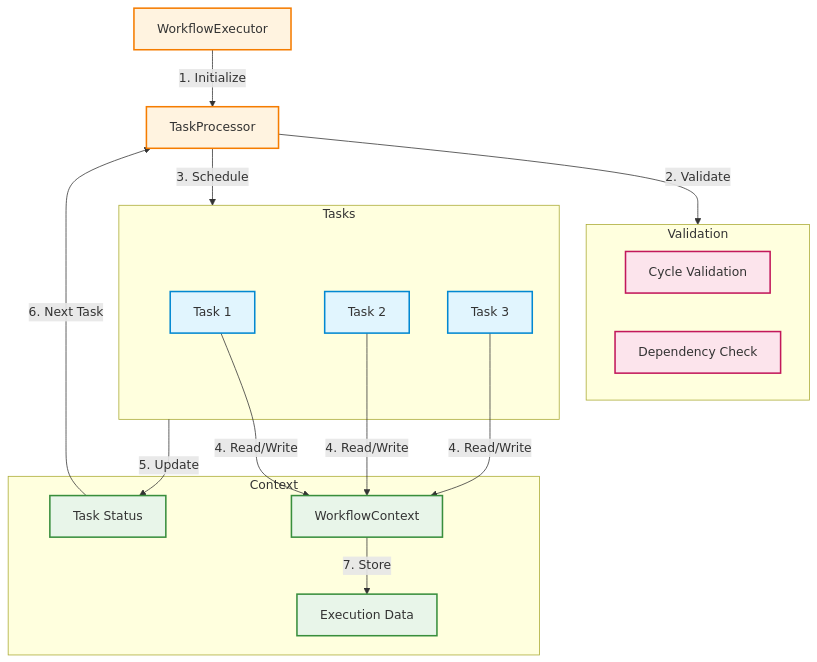
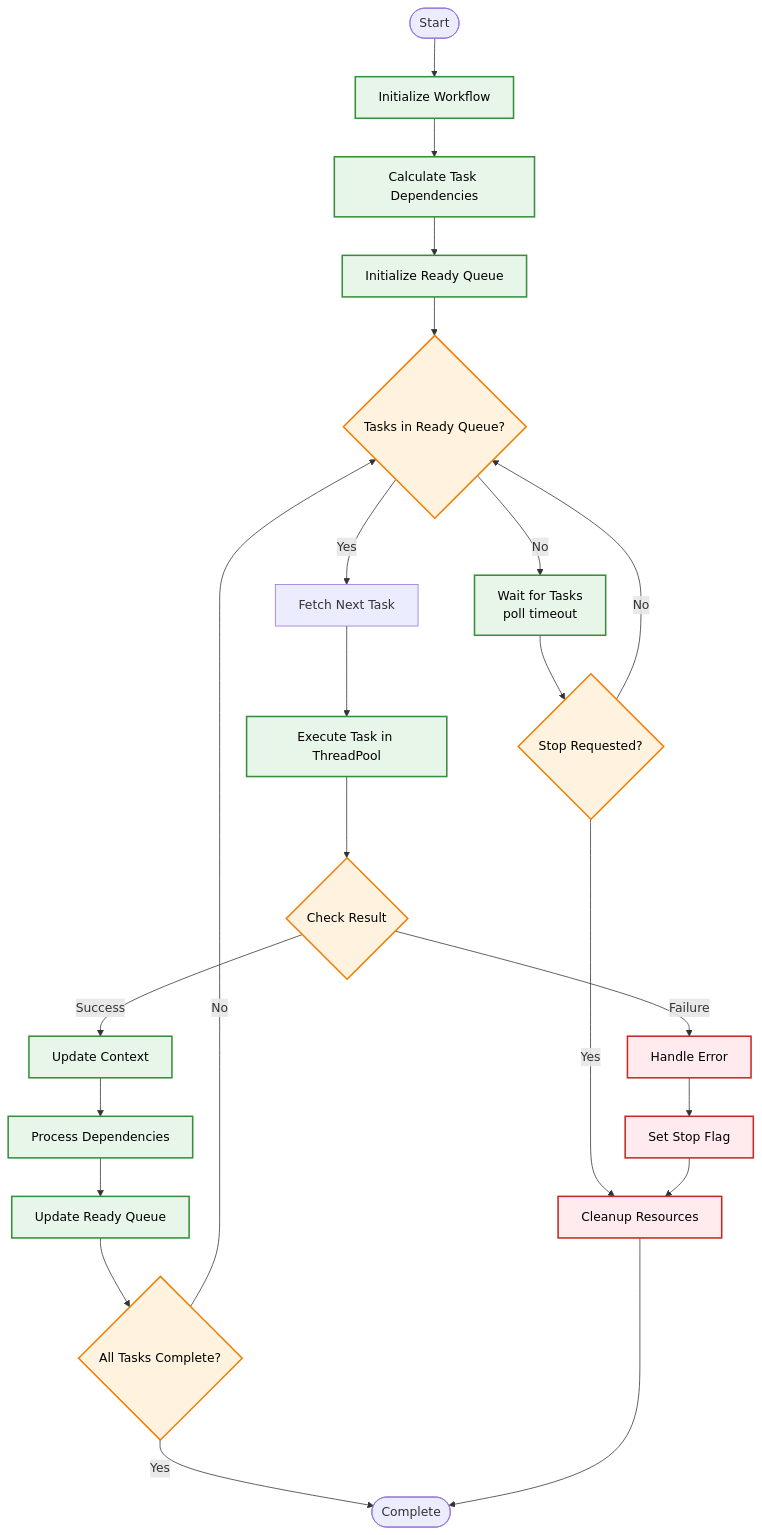
One commit to pyenoma/workflow-library changed the third of 5 diagrams in README.md. Above: the diagram before and after it, drawn with Mermaid. The commit also changed other lines of this file, not shown here.

Commit message:
enhance workflow execution model

````diff
--- a/README.md
+++ b/README.md
@@ -303,41 +296,45 @@
 ```mermaid
 graph TB
-    %% Styles
-    classDef task fill:#e1f5fe,stroke:#0288d1,stroke-width:2px
-    classDef context fill:#e8f5e9,stroke:#388e3c,stroke-width:2px
-    classDef processor fill:#fff3e0,stroke:#f57c00,stroke-width:2px
-    classDef status fill:#fce4ec,stroke:#c2185b,stroke-width:2px
+%% Define styles with high-contrast, accessible colors
+   classDef state fill:#e1f5fe,stroke:#0288d1,stroke-width:2px,color:#000000
+   classDef decision fill:#fff3e0,stroke:#f57c00,stroke-width:2px,color:#000000
+   classDef process fill:#e8f5e9,stroke:#388e3c,stroke-width:2px,color:#000000
+   classDef error fill:#ffebee,stroke:#c62828,stroke-width:2px,color:#000000
 
-    %% Nodes
-    WE[WorkflowExecutor]
-    TP[TaskProcessor]
-    subgraph Tasks
-        T1[Task 1]
-        T2[Task 2]
-        T3[Task 3]
-    end
-    subgraph Context
-        WC[WorkflowContext]
-        TS[Task Status]
-        ED[Execution Data]
-    end
-    subgraph Validation
-        CV[Cycle Validation]
-        DV[Dependency Check]
-    end
+%% Start and initialization
+   Start([Start]) --> Init[Initialize Workflow]
+   Init --> BuildDep[Calculate Task Dependencies]
+   BuildDep --> InitQueue[Initialize Ready Queue]
 
-    %% Connections
-    WE -->|1. Initialize| TP
-    TP -->|2. Validate| Validation
-    TP -->|3. Schedule| Tasks
-    T1 & T2 & T3 -->|4. Read/Write| WC
-    Tasks -->|5. Update| TS
-    TS -->|6. Next Task| TP
-    WC -->|7. Store| ED
+%% Main execution loop
+   InitQueue --> CheckTasks{Tasks in Ready Queue?}
+   CheckTasks -->|Yes| FetchTask[Fetch Next Task]
+   CheckTasks -->|No| Wait[Wait for Tasks<br>poll timeout]
+   Wait --> CheckStop{Stop Requested?}
+   CheckStop -->|No| CheckTasks
+   CheckStop -->|Yes| Cleanup[Cleanup Resources]
 
-    %% Styles
-    class T1,T2,T3 task
-    class WC,TS,ED context
-    class WE,TP processor
-    class CV,DV status
+%% Task execution
+   FetchTask --> Execute[Execute Task in ThreadPool]
+   Execute --> ValidateResult{Check Result}
+
+%% Success path
+   ValidateResult -->|Success| UpdateContext[Update Context]
+   UpdateContext --> ProcessDeps[Process Dependencies]
+   ProcessDeps --> UpdateQueue[Update Ready Queue]
+   UpdateQueue --> CheckComplete{All Tasks Complete?}
+   CheckComplete -->|No| CheckTasks
+   CheckComplete -->|Yes| Complete([Complete])
+
+%% Error path
+   ValidateResult -->|Failure| HandleError[Handle Error]
+   HandleError --> SetStop[Set Stop Flag]
+   SetStop --> Cleanup
+   Cleanup --> Complete
+
+%% Apply styles
+   class Start,Complete default
+   class CheckTasks,ValidateResult,CheckComplete,CheckStop decision
+   class Execute,UpdateContext,ProcessDeps,UpdateQueue,Init,BuildDep,InitQueue,Wait process
+   class HandleError,SetStop,Cleanup error
 ```
````
